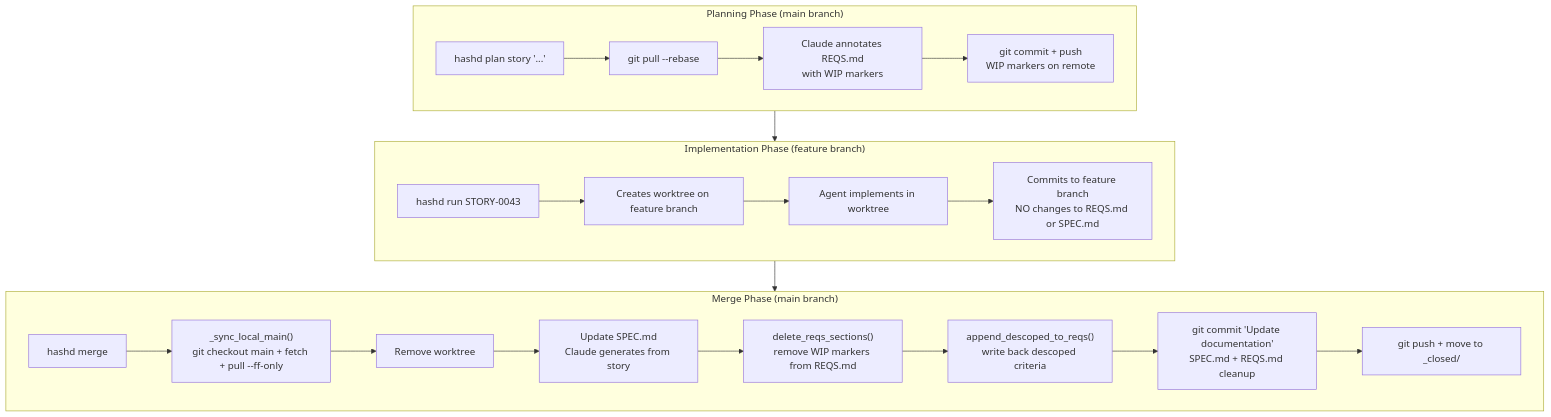
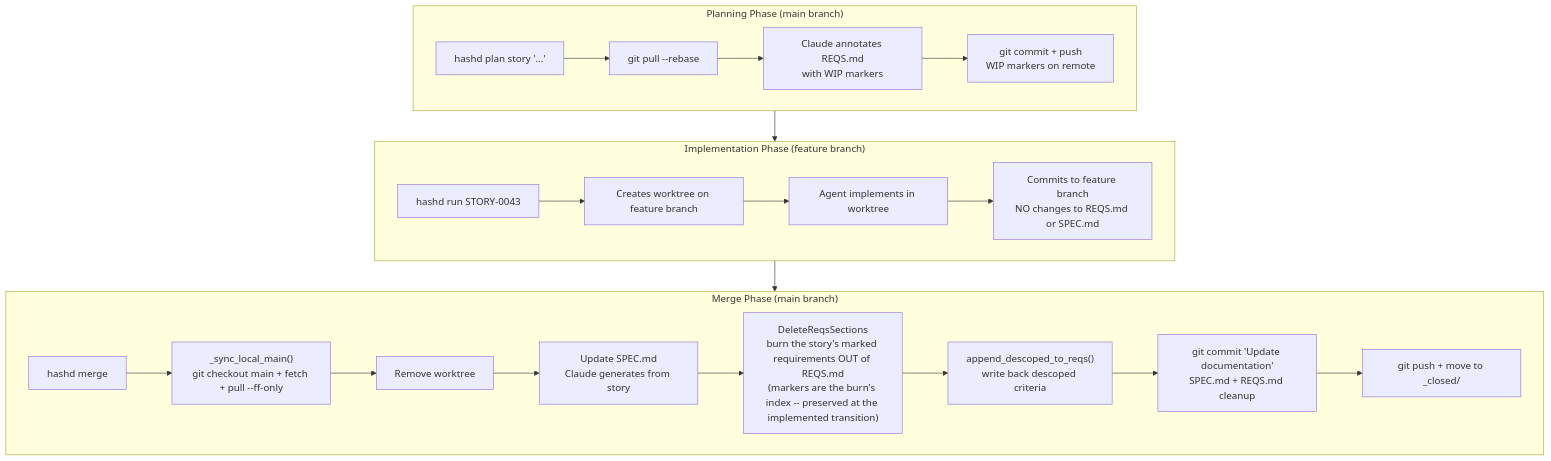
Diagram 15 of 19 in WF.md (codr1/hashd-code), drawn with Mermaid before and after one commit. The commit also changed other lines of this file and 5 other files, not shown here.

````diff
--- a/WF.md
+++ b/WF.md
@@ -1870,26 +2192,26 @@
 ```mermaid
 flowchart TD
     subgraph PLAN["Planning Phase (main branch)"]
         P1["hashd plan story '...'"] --> P2[git pull --rebase]
         P2 --> P3["Claude annotates REQS.md\nwith WIP markers"]
         P3 --> P4["git commit + push\nWIP markers on remote"]
     end
 
     subgraph IMPL["Implementation Phase (feature branch)"]
         I1[hashd run STORY-0043] --> I2[Creates worktree on feature branch]
         I2 --> I3[Agent implements in worktree]
         I3 --> I4["Commits to feature branch\nNO changes to REQS.md or SPEC.md"]
     end
 
     subgraph MERGE["Merge Phase (main branch)"]
         M1[hashd merge] --> M2["_sync_local_main()\ngit checkout main + fetch + pull --ff-only"]
         M2 --> M3[Remove worktree]
         M3 --> M4["Update SPEC.md\nClaude generates from story"]
-        M4 --> M5["delete_reqs_sections()\nremove WIP markers from REQS.md"]
+        M4 --> M5["DeleteReqsSections\nburn the story's marked requirements OUT of REQS.md\n(markers are the burn's index -- preserved at the implemented transition)"]
         M5 --> M5b["append_descoped_to_reqs()\nwrite back descoped criteria"]
         M5b --> M6["git commit 'Update documentation'\nSPEC.md + REQS.md cleanup"]
         M6 --> M7[git push + move to _closed/]
     end
 
     PLAN --> IMPL --> MERGE
 ```
````
